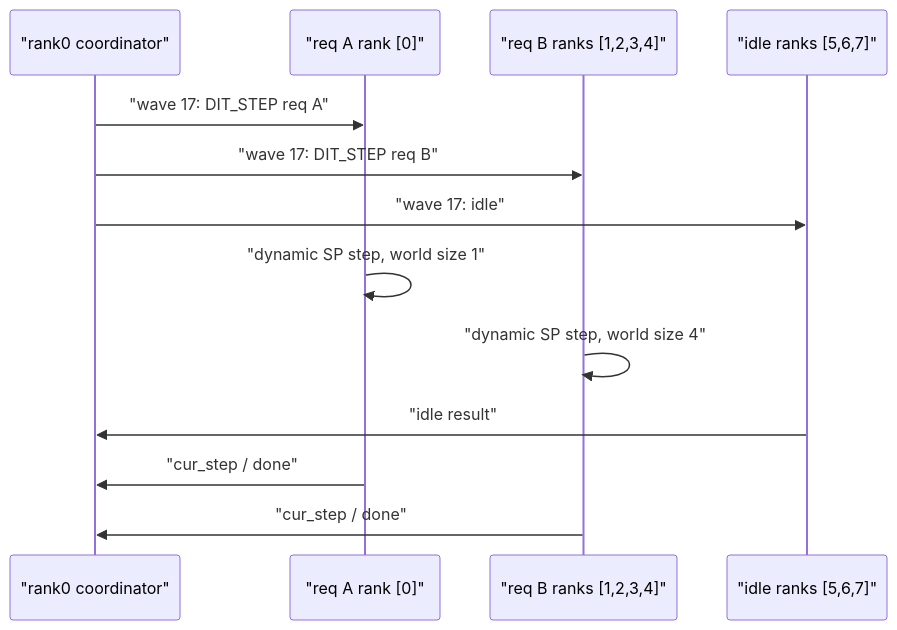
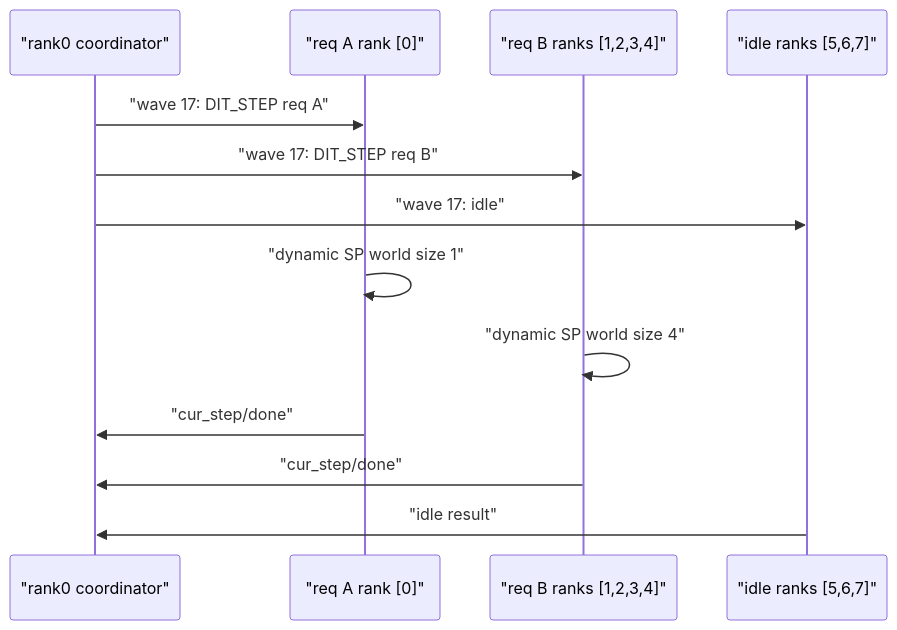
Before and after one commit to FredHuang99/sglang: the sixth of 6 diagrams in docs/ddit/sglang_ddit_cookbook.md, drawn with Mermaid. The commit also changed other lines of this file and 21 other files, not shown here.

````diff
--- a/docs/ddit/sglang_ddit_cookbook.md
+++ b/docs/ddit/sglang_ddit_cookbook.md
@@ -154,15 +169,15 @@
 ```mermaid
 sequenceDiagram
   participant C as "rank0 coordinator"
   participant A as "req A rank [0]"
   participant B as "req B ranks [1,2,3,4]"
   participant I as "idle ranks [5,6,7]"
   C->>A: "wave 17: DIT_STEP req A"
   C->>B: "wave 17: DIT_STEP req B"
   C->>I: "wave 17: idle"
-  A->>A: "dynamic SP step, world size 1"
-  B->>B: "dynamic SP step, world size 4"
+  A->>A: "dynamic SP world size 1"
+  B->>B: "dynamic SP world size 4"
+  A->>C: "cur_step/done"
+  B->>C: "cur_step/done"
   I->>C: "idle result"
-  A->>C: "cur_step / done"
-  B->>C: "cur_step / done"
 ```
````
